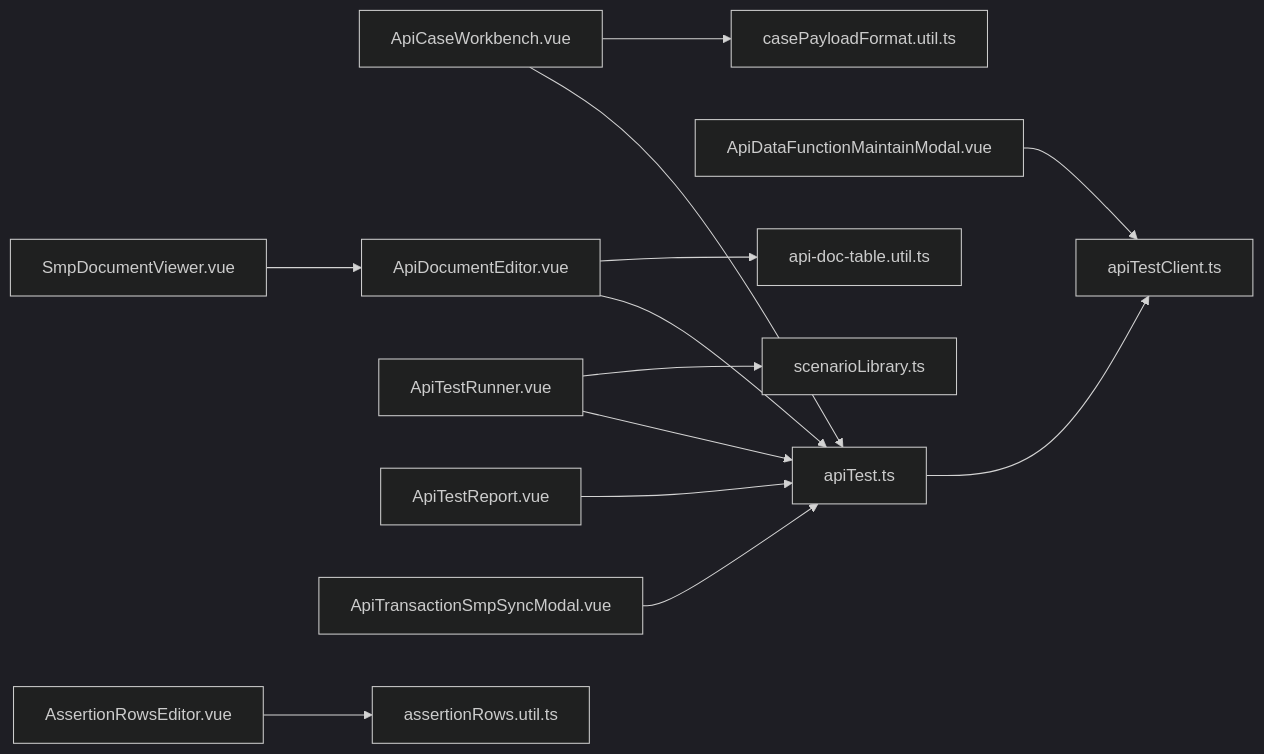
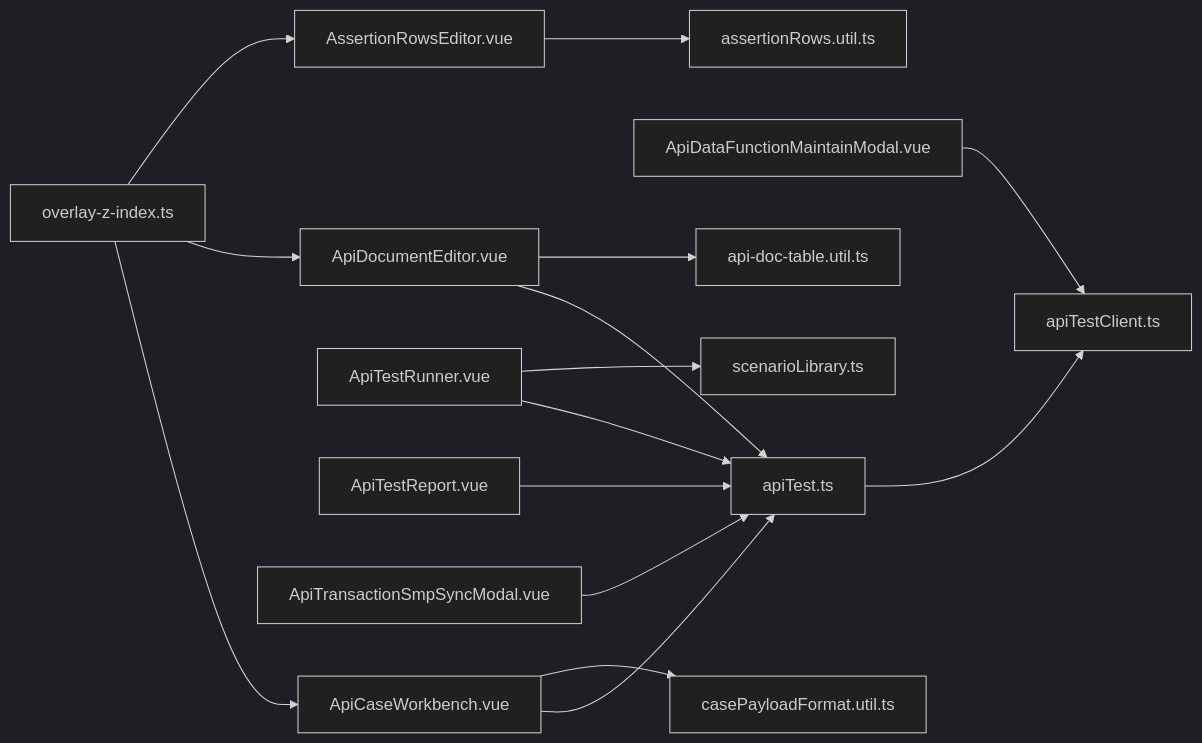
One commit to Lichhu/caseForge changed diagram 11 of 11 in .qoder/repowiki/zh/content/前端开发/组件系统/API 测试组件.md. Above: the diagram before and after it, drawn with Mermaid (dark theme). The commit also changed other lines of this file and 8 other files, not shown here.

````diff
--- a/.qoder/repowiki/zh/content/前端开发/组件系统/API 测试组件.md
+++ b/.qoder/repowiki/zh/content/前端开发/组件系统/API 测试组件.md
@@ -491,15 +549,17 @@
 ```mermaid
 graph LR
 CW["ApiCaseWorkbench.vue"] --> ST["apiTest.ts"]
 DE["ApiDocumentEditor.vue"] --> ST
 RU["ApiTestRunner.vue"] --> ST
 RP["ApiTestReport.vue"] --> ST
 SM["ApiTransactionSmpSyncModal.vue"] --> ST
 DF["ApiDataFunctionMaintainModal.vue"] --> AC["apiTestClient.ts"]
-SV["SmpDocumentViewer.vue"] --> DE
 AE["AssertionRowsEditor.vue"] --> ARU["assertionRows.util.ts"]
+Z["overlay-z-index.ts"] --> CW
+Z --> DE
+Z --> AE
 ST --> AC
 CW --> CF["casePayloadFormat.util.ts"]
 DE --> ADT["api-doc-table.util.ts"]
 RU --> SL["scenarioLibrary.ts"]
 ```
````
